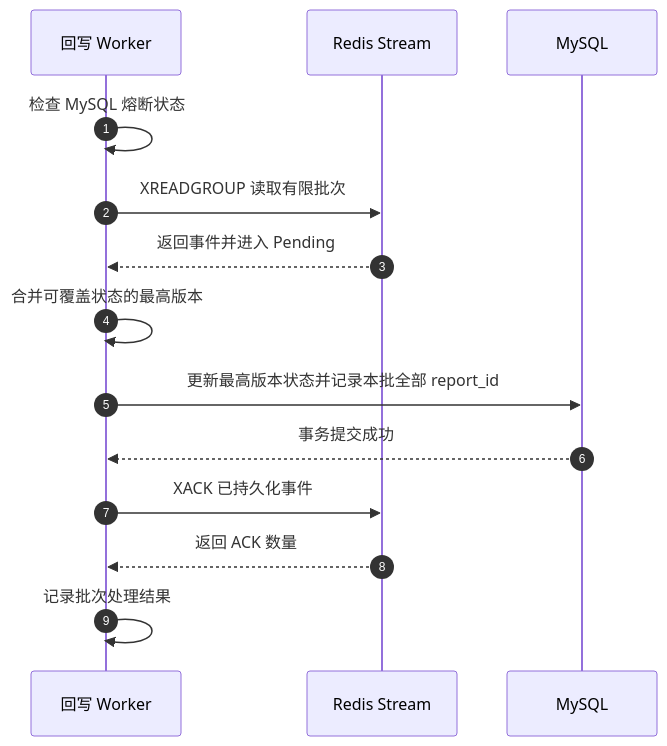
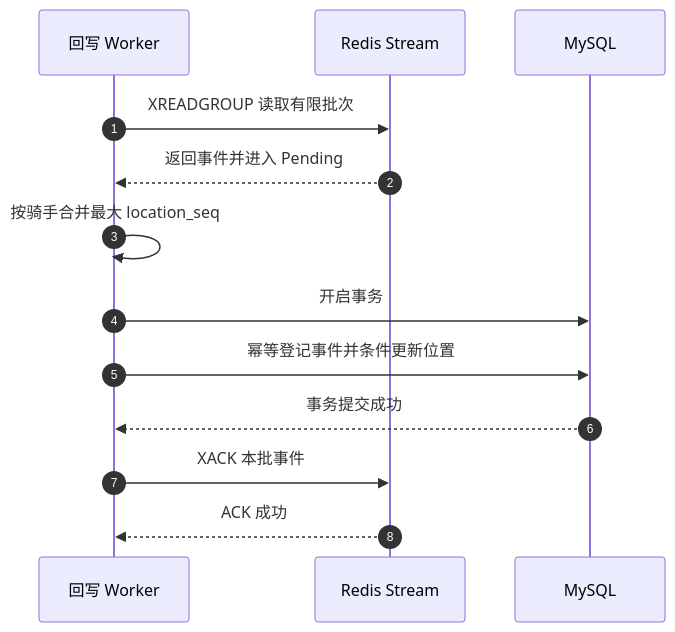
Before and after one commit to zdl20251023-pixel/agent-frame: diagram 25 of 27 in docs/redis/126-redis-4种缓存模式-分享版-极简版.md, drawn with Mermaid. The commit also changed other lines of this file, not shown here.

Commit message:
redis 四大缓存模式 简化版本

````diff
--- a/docs/redis/126-redis-4种缓存模式-分享版-极简版.md
+++ b/docs/redis/126-redis-4种缓存模式-分享版-极简版.md
@@ -1190,20 +1284,19 @@
 ```mermaid
 sequenceDiagram
     autonumber
+
     participant Worker as 回写 Worker
     participant Redis as Redis Stream
     participant MySQL as MySQL
 
-    Worker->>Worker: 检查 MySQL 熔断状态
     Worker->>Redis: XREADGROUP 读取有限批次
     Redis-->>Worker: 返回事件并进入 Pending
+    Worker->>Worker: 按骑手合并最大 location_seq
 
-    Worker->>Worker: 合并可覆盖状态的最高版本
-    Worker->>MySQL: 更新最高版本状态并记录本批全部 report_id
+    Worker->>MySQL: 开启事务
+    Worker->>MySQL: 幂等登记事件并条件更新位置
     MySQL-->>Worker: 事务提交成功
 
-    Worker->>Redis: XACK 已持久化事件
-    Redis-->>Worker: 返回 ACK 数量
-
-    Worker->>Worker: 记录批次处理结果
+    Worker->>Redis: XACK 本批事件
+    Redis-->>Worker: ACK 成功
 ```
````
